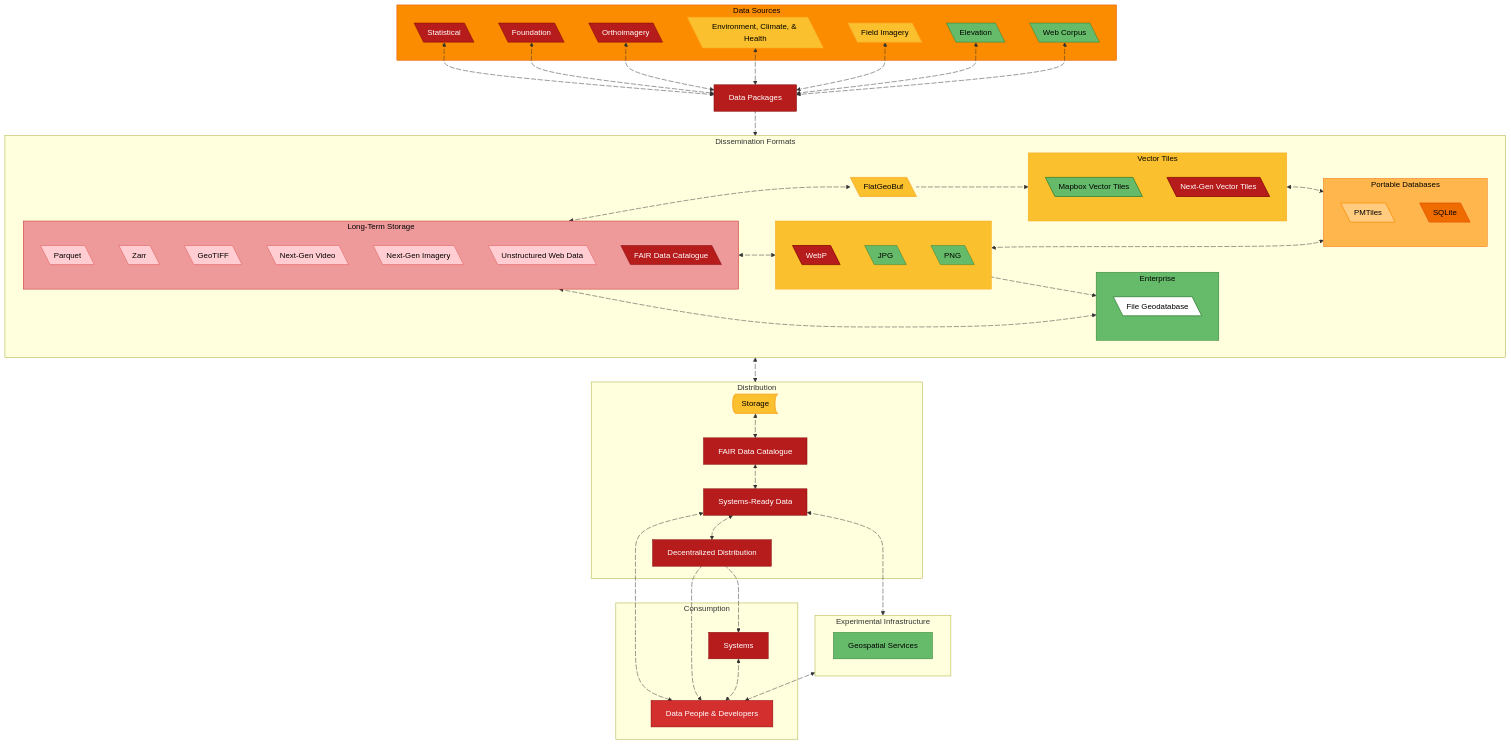
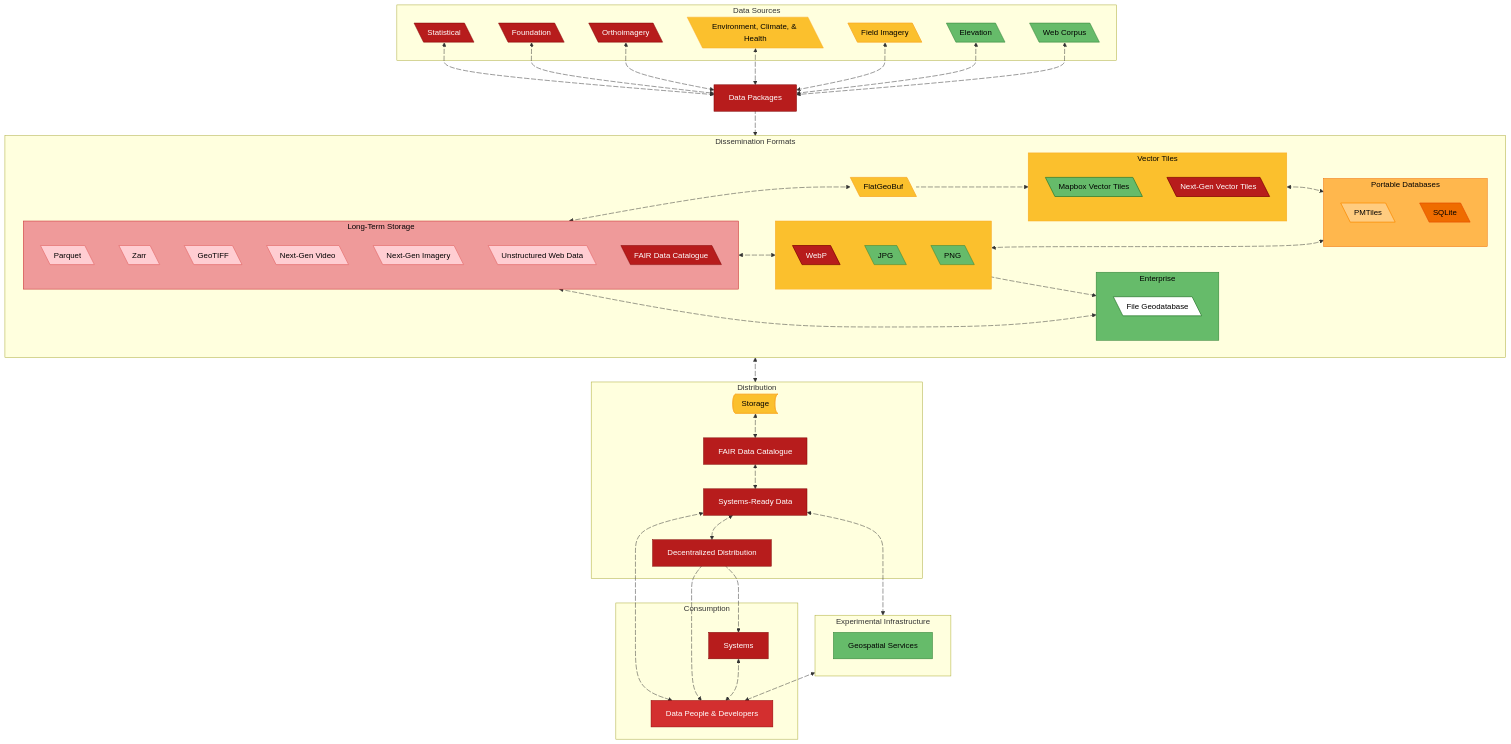
The diagram in high-level-overview-homepage.mermaid (dataforcanada/www.dataforcanada.org), drawn with Mermaid before and after one commit. The commit also changed 1 other file, not shown here.

Commit message:
Better high level overview diagram for homepage

```diff
--- a/high-level-overview-homepage.mermaid
+++ b/high-level-overview-homepage.mermaid
@@ -12,9 +12,10 @@
         style EnvironmentClimate fill:#FBC02D,stroke:#F9A825,color:#000000
         FieldImagery@{ shape: lean-l, label: "Field Imagery"}
         style FieldImagery fill:#FBC02D,stroke:#F9A825,color:#000000
+        %% My little secret, this is one of my highest priorities, but I have to learn more about how Internet Archive does the job and improve it. They do it way too inneficiently (ex. capture a webpage hundreds of times per day), and they don't allow capturing from multiple locations. A webpage can be served differently depending on IP level data, corporate proxies, when you control certificates, etc
         WebCorpus@{ shape: lean-l, label: "Web Corpus"}
+        style WebCorpus fill:#66BB6A,stroke:#2E7D32,color:#000000
         Elevation@{ shape: lean-l}
-        style WebCorpus fill:#66BB6A,stroke:#2E7D32,color:#000000
     end
 
     %% ---------------------------------------------------------
@@ -211,8 +212,6 @@
 style WARC fill:#FFCDD2,stroke:#E57373,color:#000000
 style AV1 fill:#FFCDD2,stroke:#E57373,color:#000000
 
-style ds fill:#FB8C00,stroke:#E65100,color:#000000
-
 style pkg fill:#FFB74D,stroke:#EF6C00,color:#000000
 style SQLite fill:#EF6C00,stroke:#E65100,color:#000000
 style PMTiles fill:#FFCC80,stroke:#FB8C00,color:#000000
```
